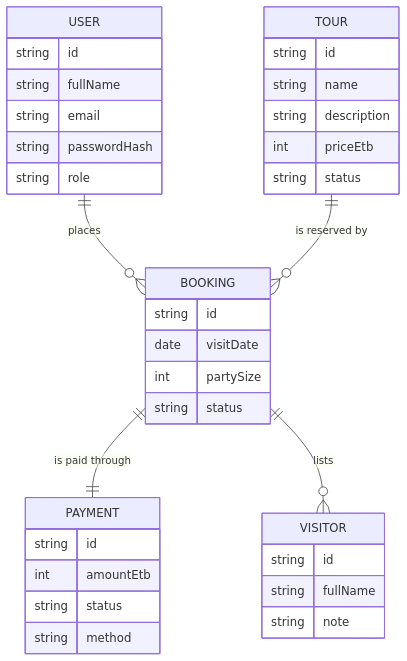
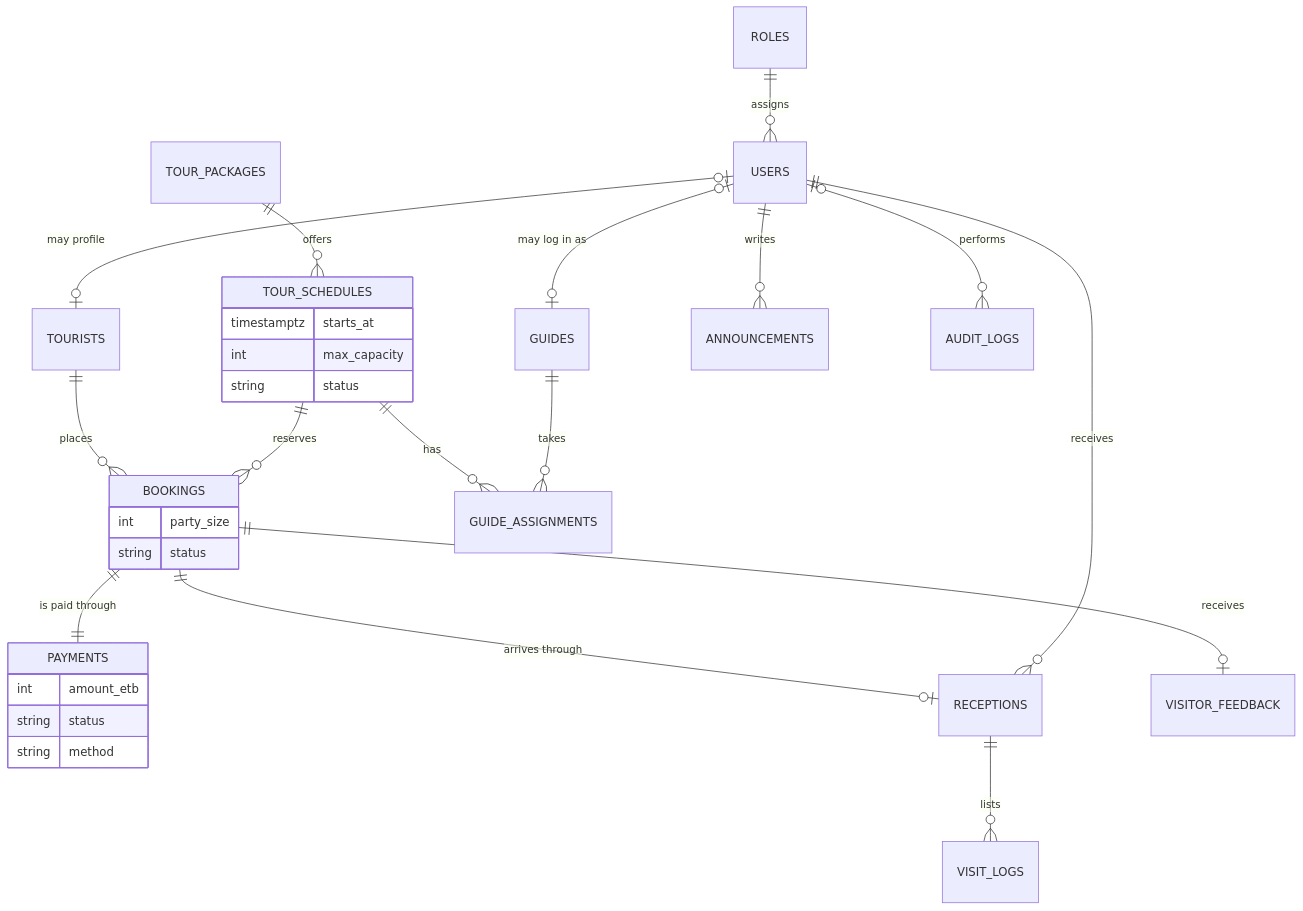
The diagram in docs/DATABASE_DESIGN.md (nugusamulatu67-ux/abba-jifar-palace), drawn with Mermaid before and after one commit. The commit also changed other lines of this file and 31 other files, not shown here.

````diff
--- a/docs/DATABASE_DESIGN.md
+++ b/docs/DATABASE_DESIGN.md
@@ -37,43 +48,35 @@
 ```mermaid
 erDiagram
-  USER ||--o{ BOOKING : places
-  TOUR ||--o{ BOOKING : "is reserved by"
-  BOOKING ||--|| PAYMENT : "is paid through"
-  BOOKING ||--o{ VISITOR : lists
+  ROLES ||--o{ USERS : assigns
+  USERS |o--o| TOURISTS : "may profile"
+  TOURISTS ||--o{ BOOKINGS : places
+  TOUR_PACKAGES ||--o{ TOUR_SCHEDULES : offers
+  TOUR_SCHEDULES ||--o{ BOOKINGS : reserves
+  BOOKINGS ||--|| PAYMENTS : "is paid through"
+  TOUR_SCHEDULES ||--o{ GUIDE_ASSIGNMENTS : has
+  GUIDES ||--o{ GUIDE_ASSIGNMENTS : takes
+  USERS |o--o| GUIDES : "may log in as"
+  BOOKINGS ||--o| RECEPTIONS : "arrives through"
+  USERS ||--o{ RECEPTIONS : receives
+  RECEPTIONS ||--o{ VISIT_LOGS : lists
+  BOOKINGS ||--o| VISITOR_FEEDBACK : receives
+  USERS ||--o{ ANNOUNCEMENTS : writes
+  USERS |o--o{ AUDIT_LOGS : performs
 
-  USER {
-    string id
-    string fullName
-    string email
-    string passwordHash
-    string role
-  }
-
-  TOUR {
-    string id
-    string name
-    string description
-    int priceEtb
+  TOUR_SCHEDULES {
+    timestamptz starts_at
+    int max_capacity
     string status
   }
 
-  BOOKING {
-    string id
-    date visitDate
-    int partySize
+  BOOKINGS {
+    int party_size
     string status
   }
 
-  VISITOR {
-    string id
-    string fullName
-    string note
-  }
-
-  PAYMENT {
-    string id
-    int amountEtb
+  PAYMENTS {
+    int amount_etb
     string status
     string method
   }
 ```
````
